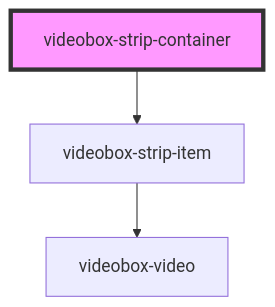
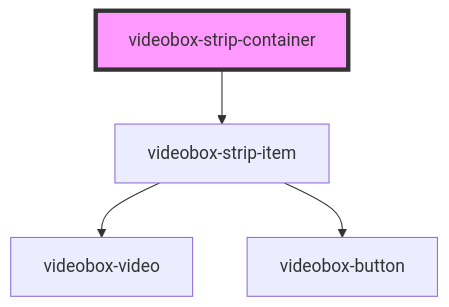
One commit to etaiso/videobox-strip changed the diagram in src/components/videobox-strip-container/readme.md. Above: the diagram before and after it, drawn with Mermaid. The commit also changed 15 other files, not shown here.

````diff
--- a/src/components/videobox-strip-container/readme.md
+++ b/src/components/videobox-strip-container/readme.md
@@ -22,6 +22,7 @@
 ```mermaid
 graph TD;
   videobox-strip-container --> videobox-strip-item
   videobox-strip-item --> videobox-video
+  videobox-strip-item --> videobox-button
   style videobox-strip-container fill:#f9f,stroke:#333,stroke-width:4px
 ```
````
